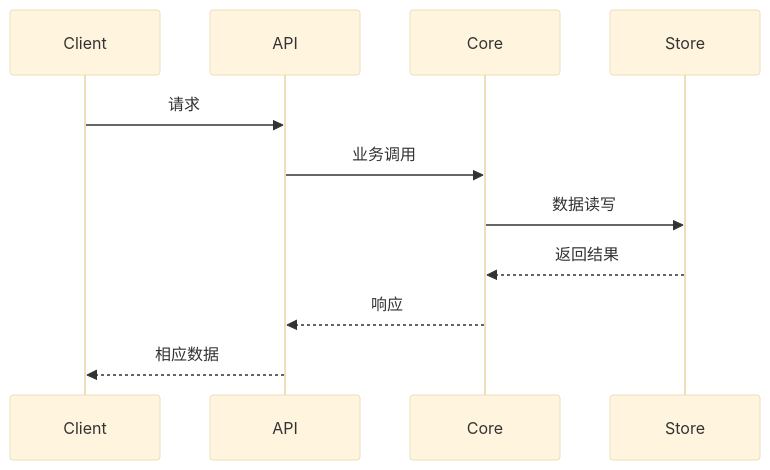
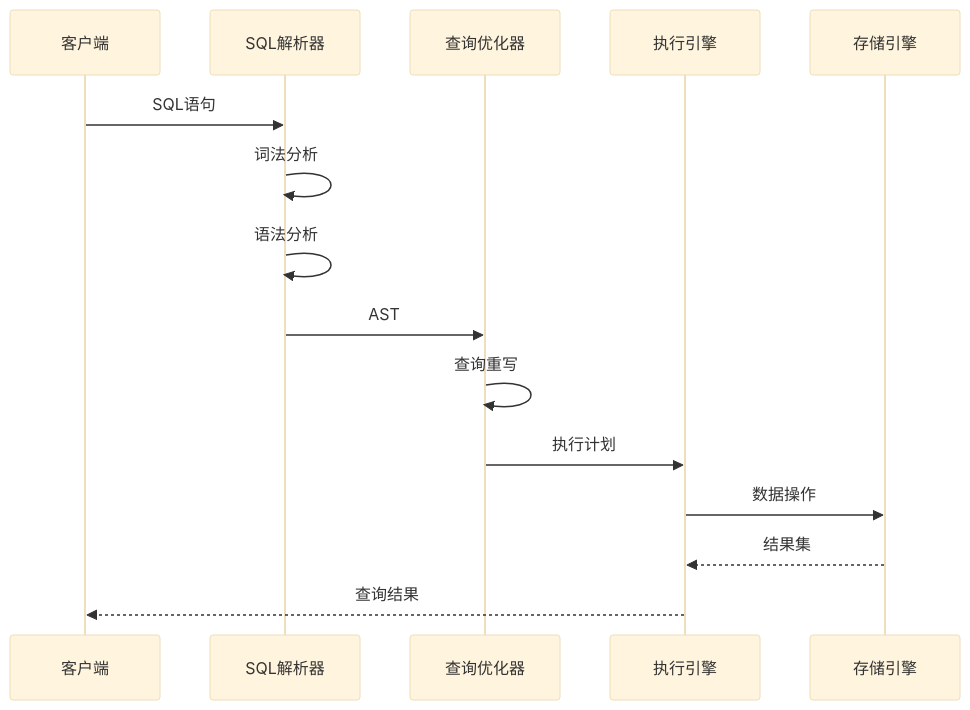
One commit to gaochao-git/devpos changed the second of 2 diagrams in nuxx_code/sql_extend/sql_extend模块功能设计文档.md. Above: the diagram before and after it, drawn with Mermaid (base theme). The commit also changed other lines of this file and 8 other files, not shown here.

````diff
--- a/nuxx_code/sql_extend/sql_extend模块功能设计文档.md
+++ b/nuxx_code/sql_extend/sql_extend模块功能设计文档.md
@@ -160,13 +167,18 @@
 ```mermaid
 sequenceDiagram
-    participant Client
-    participant API
-    participant Core
-    participant Store
-    Client->>API: 请求
-    API->>Core: 业务调用
-    Core->>Store: 数据读写
-    Store-->>Core: 返回结果
-    Core-->>API: 响应
-    API-->>Client: 相应数据
+    participant Client as 客户端
+    participant Parser as SQL解析器
+    participant Optimizer as 查询优化器
+    participant Executor as 执行引擎
+    participant Storage as 存储引擎
+    
+    Client->>Parser: SQL语句
+    Parser->>Parser: 词法分析
+    Parser->>Parser: 语法分析
+    Parser->>Optimizer: AST
+    Optimizer->>Optimizer: 查询重写
+    Optimizer->>Executor: 执行计划
+    Executor->>Storage: 数据操作
+    Storage-->>Executor: 结果集
+    Executor-->>Client: 查询结果
 ```
````
